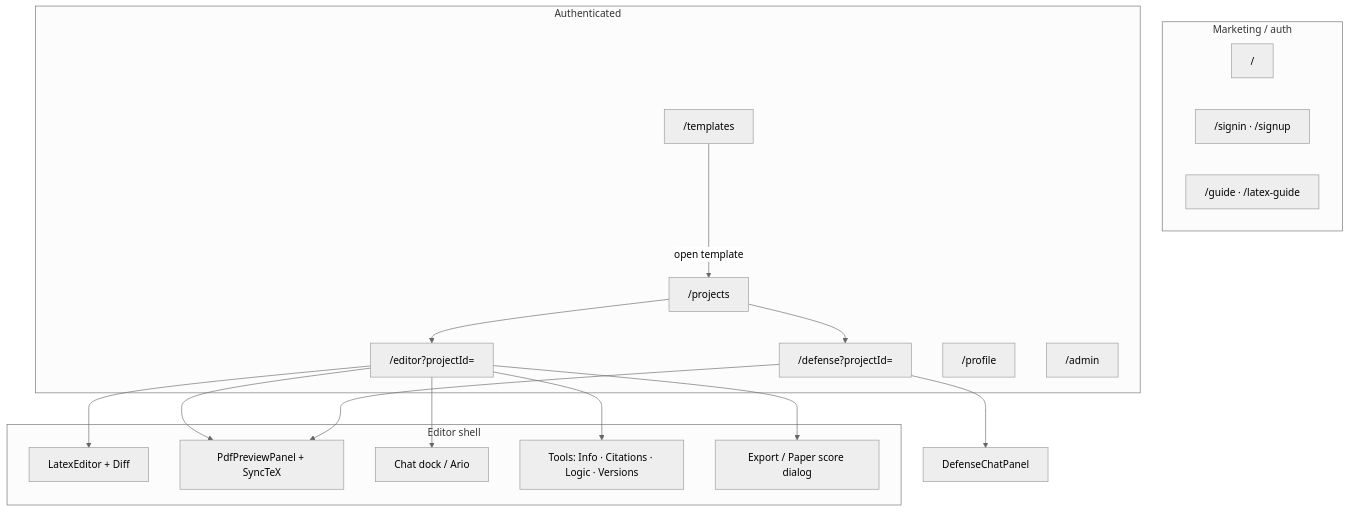
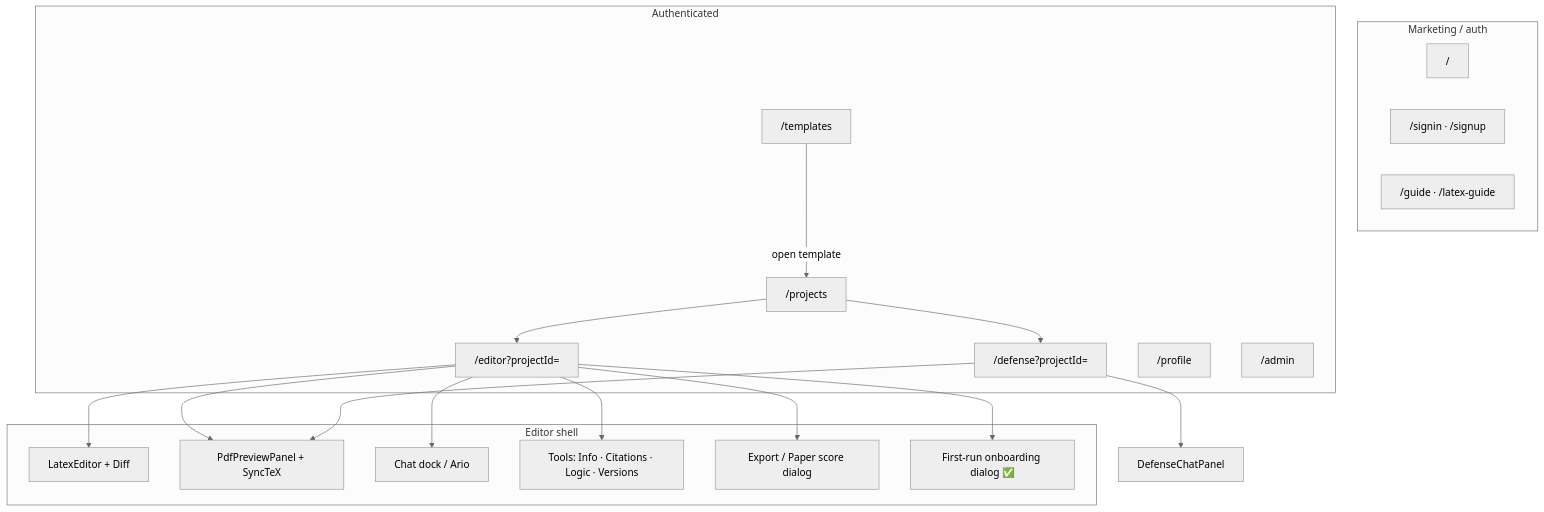
Before and after one commit to Tai-TZ/arionear-ai-paper-editor: the third of 11 diagrams in docs/architecture_diagram.md, drawn with Mermaid (neutral theme). The commit also changed other lines of this file and 11 other files, not shown here.

First line of the commit message:
docs: refresh BTC deliverables — eval evidences, architecture, pitch deck

````diff
--- a/docs/architecture_diagram.md
+++ b/docs/architecture_diagram.md
@@ -116,30 +117,31 @@
 ```mermaid
 flowchart TB
     subgraph Public["Marketing / auth"]
         HOME["/"]
         SIGN["/signin · /signup"]
         GUIDE["/guide · /latex-guide"]
     end
 
     subgraph Workspace["Authenticated"]
         PRJ["/projects"]
         ED["/editor?projectId="]
         DEF["/defense?projectId="]
         TPL["/templates"]
         PROF["/profile"]
         ADM["/admin"]
     end
 
     subgraph EditorUI["Editor shell"]
         LE[LatexEditor + Diff]
         PP[PdfPreviewPanel + SyncTeX]
         CD[Chat dock / Ario]
         TP[Tools: Info · Citations · Logic · Versions]
         EXP[Export / Paper score dialog]
+        ONB[First-run onboarding dialog ✅]
     end
 
     PRJ --> ED & DEF
     TPL -->|open template| PRJ
-    ED --> LE & PP & CD & TP & EXP
+    ED --> LE & PP & CD & TP & EXP & ONB
     DEF --> DEFCHAT[DefenseChatPanel] & PP
 ```
````
